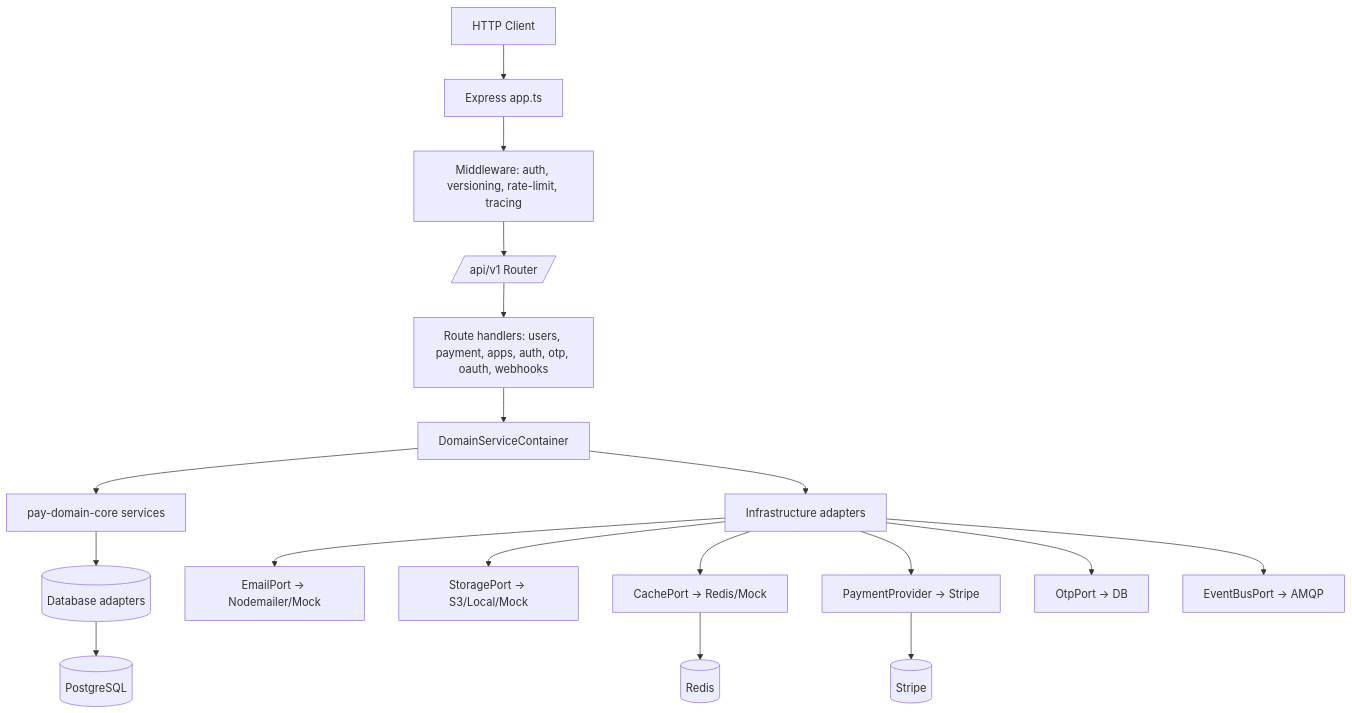
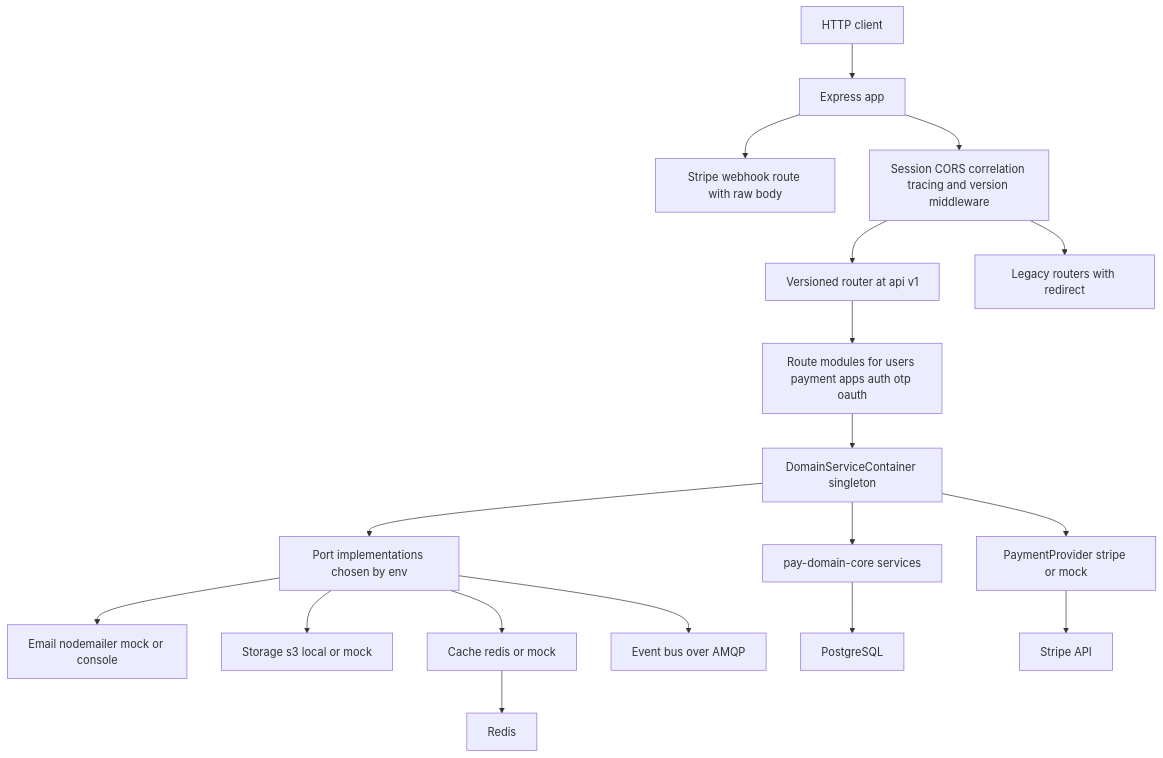
The diagram in content/repos/Jeffrey-Keyser-pay/Architecture.md (Jeffrey-Keyser/project-wiki), drawn with Mermaid before and after one commit. The commit also changed other lines of this file and 150 other files, not shown here.

````diff
--- a/content/repos/Jeffrey-Keyser-pay/Architecture.md
+++ b/content/repos/Jeffrey-Keyser-pay/Architecture.md
@@ -10,20 +10,20 @@
 ```mermaid
 flowchart TD
-  Client[HTTP Client] --> Express[Express app.ts]
-  Express --> MW[Middleware: auth, versioning, rate-limit, tracing]
-  MW --> V1[/api/v1 Router/]
-  V1 --> Routes[Route handlers: users, payment, apps, auth, otp, oauth, webhooks]
-  Routes --> Container[DomainServiceContainer]
-  Container --> Domain[pay-domain-core services]
-  Container --> Infra[Infrastructure adapters]
-  Domain --> Repos[(Database adapters)]
-  Infra --> Email[EmailPort -> Nodemailer/Mock]
-  Infra --> Storage[StoragePort -> S3/Local/Mock]
-  Infra --> Cache[CachePort -> Redis/Mock]
-  Infra --> Payment[PaymentProvider -> Stripe]
-  Infra --> Otp[OtpPort -> DB]
-  Infra --> Event[EventBusPort -> AMQP]
-  Repos --> PG[(PostgreSQL)]
-  Cache --> Redis[(Redis)]
-  Payment --> Stripe[(Stripe)]
+  Client["HTTP client"] --> Express["Express app"]
+  Express --> Hooks["Stripe webhook route with raw body"]
+  Express --> Mw["Session CORS correlation tracing and version middleware"]
+  Mw --> V1["Versioned router at api v1"]
+  Mw --> Legacy["Legacy routers with redirect"]
+  V1 --> Routes["Route modules for users payment apps auth otp oauth"]
+  Routes --> Container["DomainServiceContainer singleton"]
+  Container --> Domain["pay-domain-core services"]
+  Container --> Ports["Port implementations chosen by env"]
+  Ports --> Email["Email nodemailer mock or console"]
+  Ports --> Storage["Storage s3 local or mock"]
+  Ports --> Cache["Cache redis or mock"]
+  Ports --> Bus["Event bus over AMQP"]
+  Container --> Pay["PaymentProvider stripe or mock"]
+  Domain --> PG["PostgreSQL"]
+  Cache --> Redis["Redis"]
+  Pay --> Stripe["Stripe API"]
 ```
````
